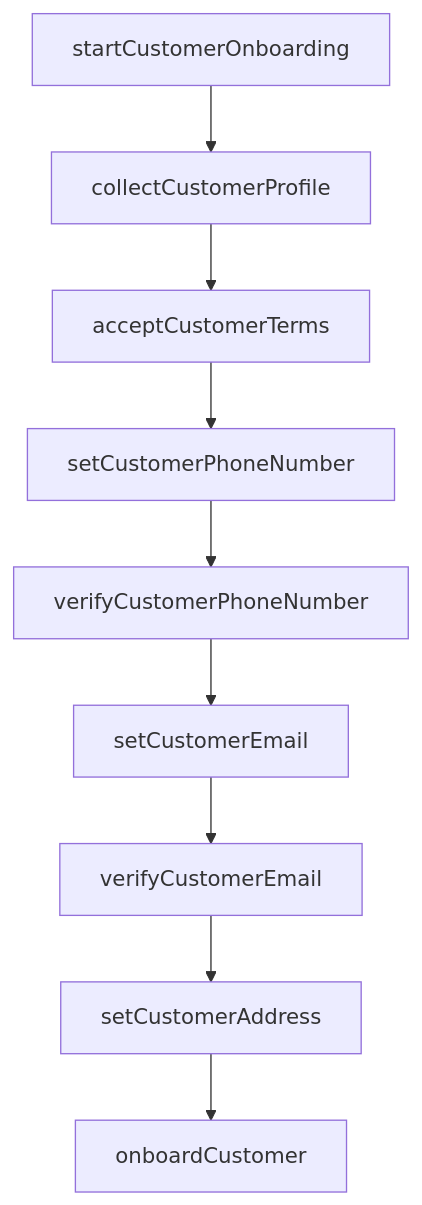
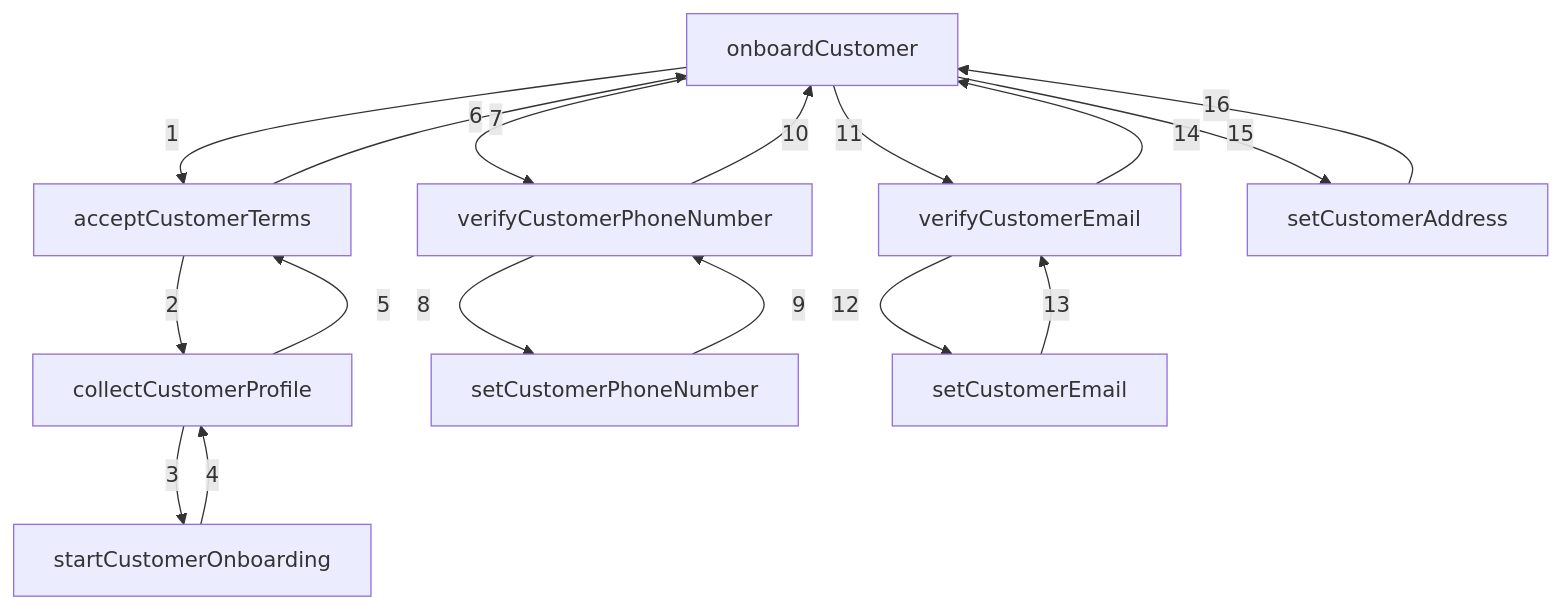
The diagram in grail-demo-09-random-conditions/random-traces-mermaid/trace-02.mmd (mamund/grail-public), drawn with Mermaid before and after one commit. The commit also changed 3 other files, not shown here.

Commit message:
update mermaid diagram

```diff
--- a/grail-demo-09-random-conditions/random-traces-mermaid/trace-02.mmd
+++ b/grail-demo-09-random-conditions/random-traces-mermaid/trace-02.mmd
@@ -1,12 +1,32 @@
 flowchart TD
-    A[startCustomerOnboarding]
-    B[collectCustomerProfile]
-    C[acceptCustomerTerms]
-    D[setCustomerPhoneNumber]
-    E[verifyCustomerPhoneNumber]
-    F[setCustomerEmail]
-    G[verifyCustomerEmail]
-    H[setCustomerAddress]
-    I[onboardCustomer]
 
-    A --> B --> C --> D --> E --> F --> G --> H --> I
+    OC[onboardCustomer]
+    AT[acceptCustomerTerms]
+    CP[collectCustomerProfile]
+    SO[startCustomerOnboarding]
+    VP[verifyCustomerPhoneNumber]
+    SP[setCustomerPhoneNumber]
+    VE[verifyCustomerEmail]
+    SE[setCustomerEmail]
+    SA[setCustomerAddress]
+
+    OC -->|1| AT
+    AT -->|2| CP
+    CP -->|3| SO
+
+    SO -->|4| CP
+    CP -->|5| AT
+    AT -->|6| OC
+
+    OC -->|7| VP
+    VP -->|8| SP
+    SP -->|9| VP
+    VP -->|10| OC
+
+    OC -->|11| VE
+    VE -->|12| SE
+    SE -->|13| VE
+    VE -->|14| OC
+
+    OC -->|15| SA
+    SA -->|16| OC
```
